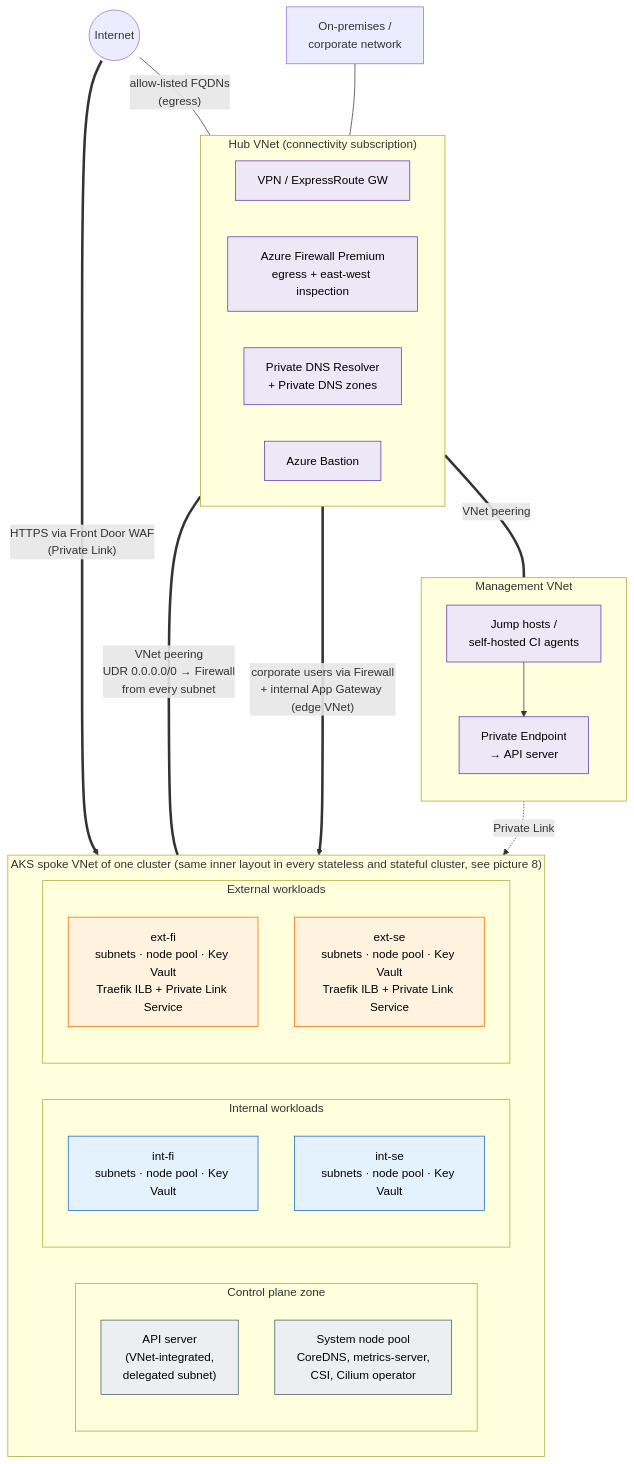
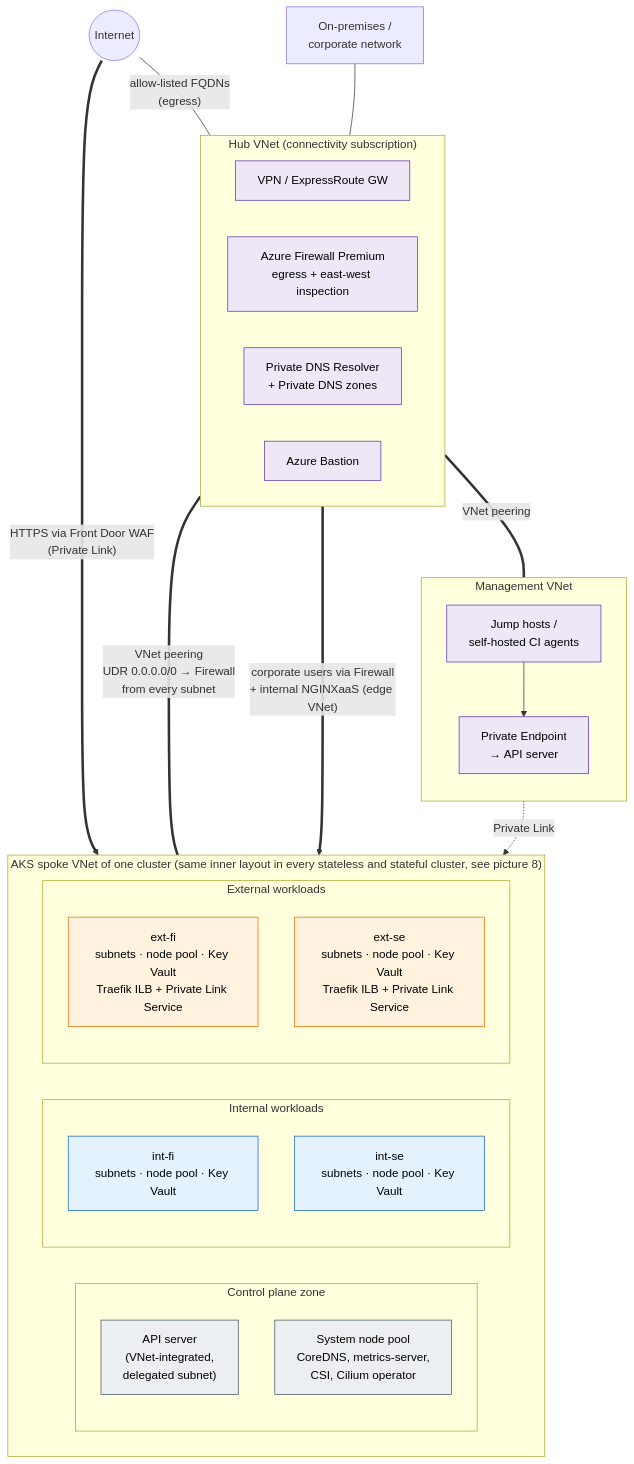
One commit to olljanat-ai/aks-design changed the diagram in diagrams/01-overview.mmd. Above: the diagram before and after it, drawn with Mermaid. The commit also changed 10 other files, not shown here.

```diff
--- a/diagrams/01-overview.mmd
+++ b/diagrams/01-overview.mmd
@@ -1,54 +1,54 @@
 %% High-level landing zone: hub, management network and the AKS spoke with isolation zones
 flowchart TB
     internet(("Internet"))
     onprem["On-premises /<br/>corporate network"]
 
     subgraph HUB["Hub VNet (connectivity subscription)"]
         direction LR
         gw["VPN / ExpressRoute GW"]
         fw["Azure Firewall Premium<br/>egress + east-west inspection"]
         dns["Private DNS Resolver<br/>+ Private DNS zones"]
         bastion["Azure Bastion"]
     end
 
     subgraph MGMT["Management VNet"]
         direction TB
         jump["Jump hosts /<br/>self-hosted CI agents"]
         pe_api["Private Endpoint<br/>→ API server"]
     end
 
     subgraph SPOKE["AKS spoke VNet of one cluster (same inner layout in every stateless and stateful cluster, see picture 8)"]
         direction LR
         subgraph CP["Control plane zone"]
             direction TB
             api["API server<br/>(VNet-integrated,<br/>delegated subnet)"]
             sys["System node pool<br/>CoreDNS, metrics-server,<br/>CSI, Cilium operator"]
         end
         subgraph INT["Internal workloads"]
             direction TB
             intfi["int-fi<br/>subnets · node pool · Key Vault"]
             intse["int-se<br/>subnets · node pool · Key Vault"]
         end
         subgraph EXT["External workloads"]
             direction TB
             extfi["ext-fi<br/>subnets · node pool · Key Vault<br/>Traefik ILB + Private Link Service"]
             extse["ext-se<br/>subnets · node pool · Key Vault<br/>Traefik ILB + Private Link Service"]
         end
     end
 
     onprem --- gw
     internet ---|"allow-listed FQDNs<br/>(egress)"| fw
     HUB ===|"VNet peering"| MGMT
     HUB ===|"VNet peering<br/>UDR 0.0.0.0/0 → Firewall<br/>from every subnet"| SPOKE
     jump --> pe_api -.->|"Private Link"| api
     internet ==>|"HTTPS via Front Door WAF<br/>(Private Link)"| EXT
-    fw ==>|"corporate users via Firewall<br/>+ internal App Gateway (edge VNet)"| INT
+    fw ==>|"corporate users via Firewall<br/>+ internal NGINXaaS (edge VNet)"| INT
 
     classDef hub fill:#ede7f6,stroke:#5e35b1,color:#000
     classDef cp fill:#eceff1,stroke:#455a64,color:#000
     classDef int fill:#e3f2fd,stroke:#1565c0,color:#000
     classDef ext fill:#fff3e0,stroke:#ef6c00,color:#000
     class fw,dns,gw,bastion,jump,pe_api hub
     class api,sys cp
     class intfi,intse int
     class extfi,extse ext
```
